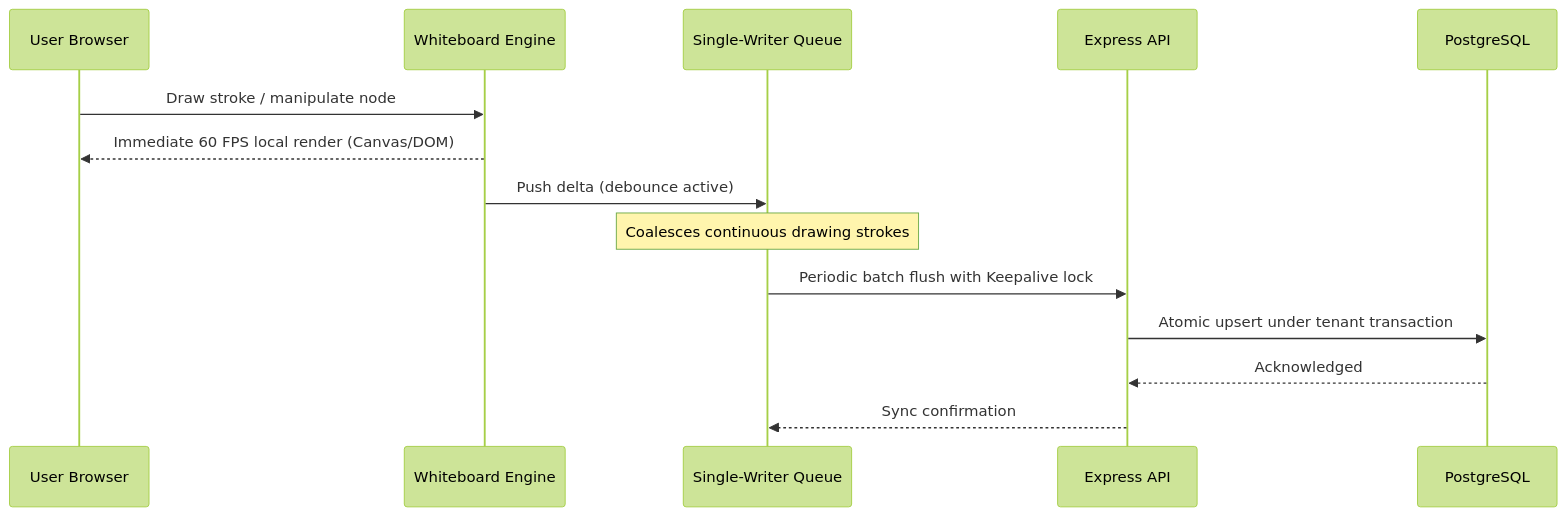
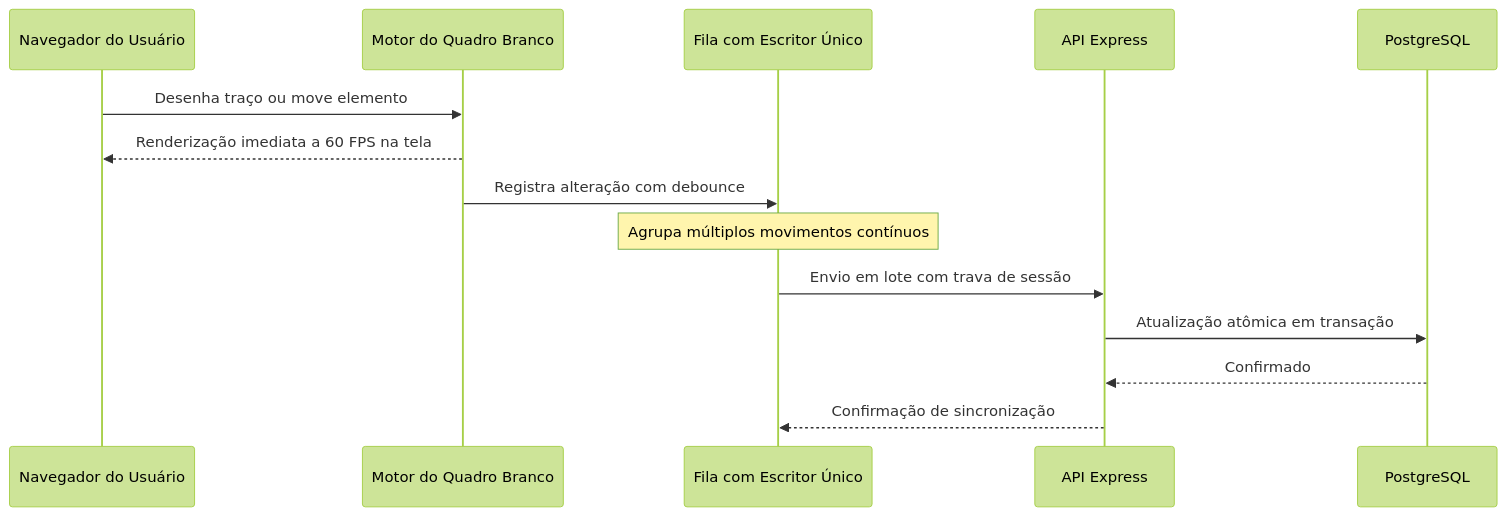
One commit to Fcsscoder/case-studies changed the second of 2 diagrams in fullstack-and-monorepos/academic-curriculum-dag-whiteboard/README.md. Above: the diagram before and after it, drawn with Mermaid (forest theme). The commit also changed other lines of this file and 21 other files, not shown here.

````diff
--- a/fullstack-and-monorepos/academic-curriculum-dag-whiteboard/README.md
+++ b/fullstack-and-monorepos/academic-curriculum-dag-whiteboard/README.md
@@ -36,17 +36,17 @@
 ```mermaid
 sequenceDiagram
-    participant User as User Browser
-    participant Canvas as Whiteboard Engine
-    participant Queue as Single-Writer Queue
-    participant API as Express API
+    participant User as Navegador do Usuário
+    participant Canvas as Motor do Quadro Branco
+    participant Queue as Fila com Escritor Único
+    participant API as API Express
     participant PG as PostgreSQL
 
-    User->>Canvas: Draw stroke / manipulate node
-    Canvas-->>User: Immediate 60 FPS local render (Canvas/DOM)
-    Canvas->>Queue: Push delta (debounce active)
-    Note over Queue: Coalesces continuous drawing strokes
-    Queue->>API: Periodic batch flush with Keepalive lock
-    API->>PG: Atomic upsert under tenant transaction
-    PG-->>API: Acknowledged
-    API-->>Queue: Sync confirmation
+    User->>Canvas: Desenha traço ou move elemento
+    Canvas-->>User: Renderização imediata a 60 FPS na tela
+    Canvas->>Queue: Registra alteração com debounce
+    Note over Queue: Agrupa múltiplos movimentos contínuos
+    Queue->>API: Envio em lote com trava de sessão
+    API->>PG: Atualização atômica em transação
+    PG-->>API: Confirmado
+    API-->>Queue: Confirmação de sincronização
 ```
````
